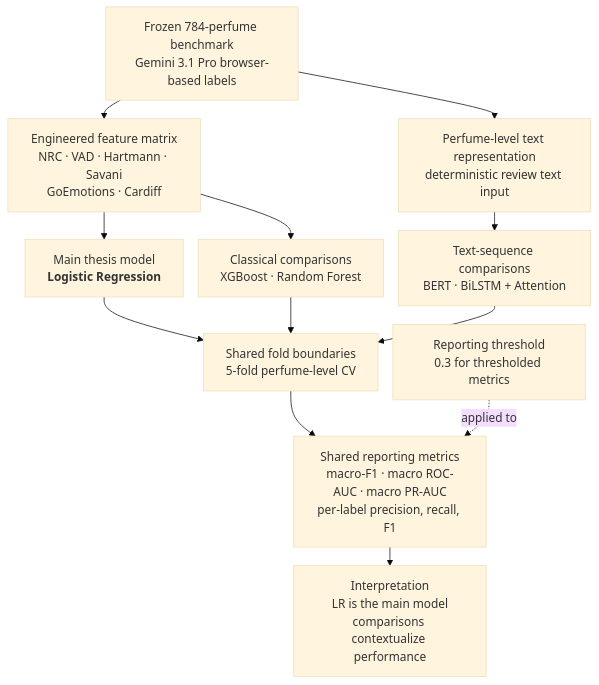
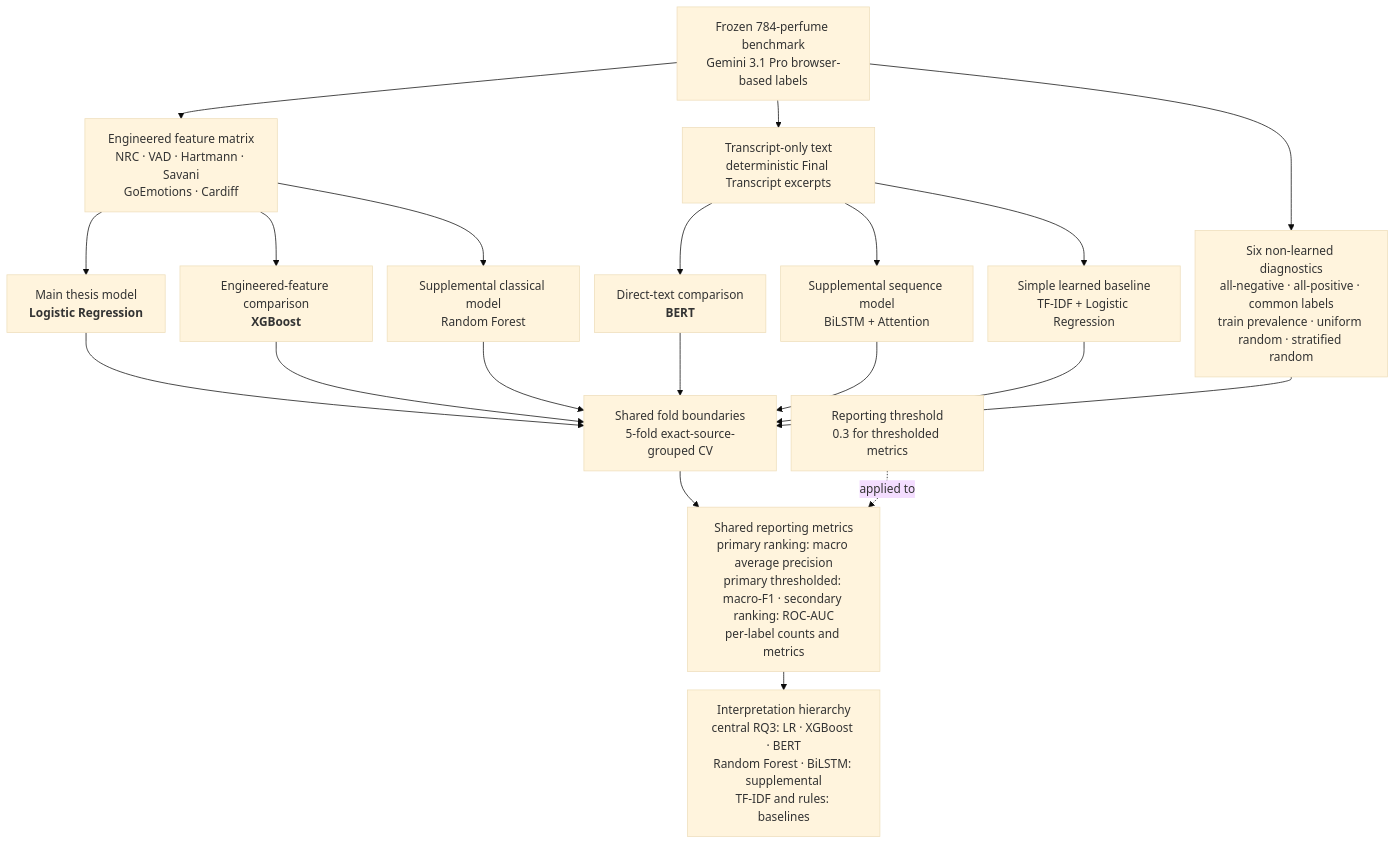
Before and after one commit to ececanga/Sentiment-Analysis-for-Perfume-Reviews: the diagram in docs/diagrams/mermaid/model_comparison_branches.mmd, drawn with Mermaid (base theme). The commit also changed 36 other files, not shown here.

```diff
--- a/docs/diagrams/mermaid/model_comparison_branches.mmd
+++ b/docs/diagrams/mermaid/model_comparison_branches.mmd
@@ -1,26 +1,34 @@
 ---
 config:
   layout: dagre
   flowchart:
     nodeSpacing: 20
     rankSpacing: 25
 ---
 flowchart TD
     A["Frozen 784-perfume benchmark<br/>Gemini 3.1 Pro browser-based labels"]
 
     A --> B["Engineered feature matrix<br/>NRC · VAD · Hartmann · Savani<br/>GoEmotions · Cardiff"]
-    A --> C["Perfume-level text representation<br/>deterministic review text input"]
+    A --> C["Transcript-only text<br/>deterministic Final Transcript excerpts"]
 
     B --> D["Main thesis model<br/><b>Logistic Regression</b>"]
-    B --> E["Classical comparisons<br/>XGBoost · Random Forest"]
-    C --> F["Text-sequence comparisons<br/>BERT · BiLSTM + Attention"]
+    B --> E["Engineered-feature comparison<br/><b>XGBoost</b>"]
+    C --> F["Direct-text comparison<br/><b>BERT</b>"]
+    B --> S["Supplemental classical model<br/>Random Forest"]
+    C --> U["Supplemental sequence model<br/>BiLSTM + Attention"]
+    C --> T["Simple learned baseline<br/>TF-IDF + Logistic Regression"]
+    A --> R["Six non-learned diagnostics<br/>all-negative · all-positive · common labels<br/>train prevalence · uniform random · stratified random"]
 
-    D --> G["Shared fold boundaries<br/>5-fold perfume-level CV"]
+    D --> G["Shared fold boundaries<br/>5-fold exact-source-grouped CV"]
     E --> G
     F --> G
+    S --> G
+    U --> G
+    T --> G
+    R --> G
 
-    G --> H["Shared reporting metrics<br/>macro-F1 · macro ROC-AUC · macro PR-AUC<br/>per-label precision, recall, F1"]
+    G --> H["Shared reporting metrics<br/>primary ranking: macro average precision<br/>primary thresholded: macro-F1 · secondary ranking: ROC-AUC<br/>per-label counts and metrics"]
 
-    H --> I["Interpretation<br/>LR is the main model<br/>comparisons contextualize performance"]
+    H --> I["Interpretation hierarchy<br/>central RQ3: LR · XGBoost · BERT<br/>Random Forest · BiLSTM: supplemental<br/>TF-IDF and rules: baselines"]
 
     J["Reporting threshold<br/>0.3 for thresholded metrics"] -. applied to .-> H
```
